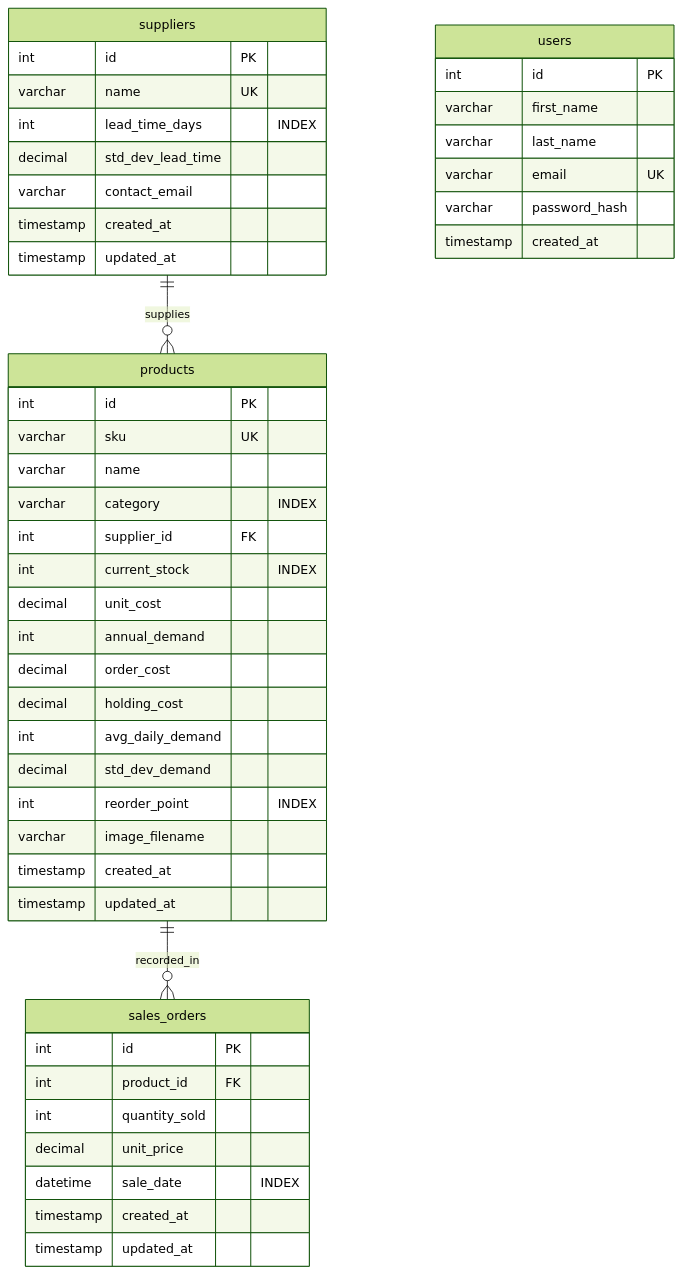
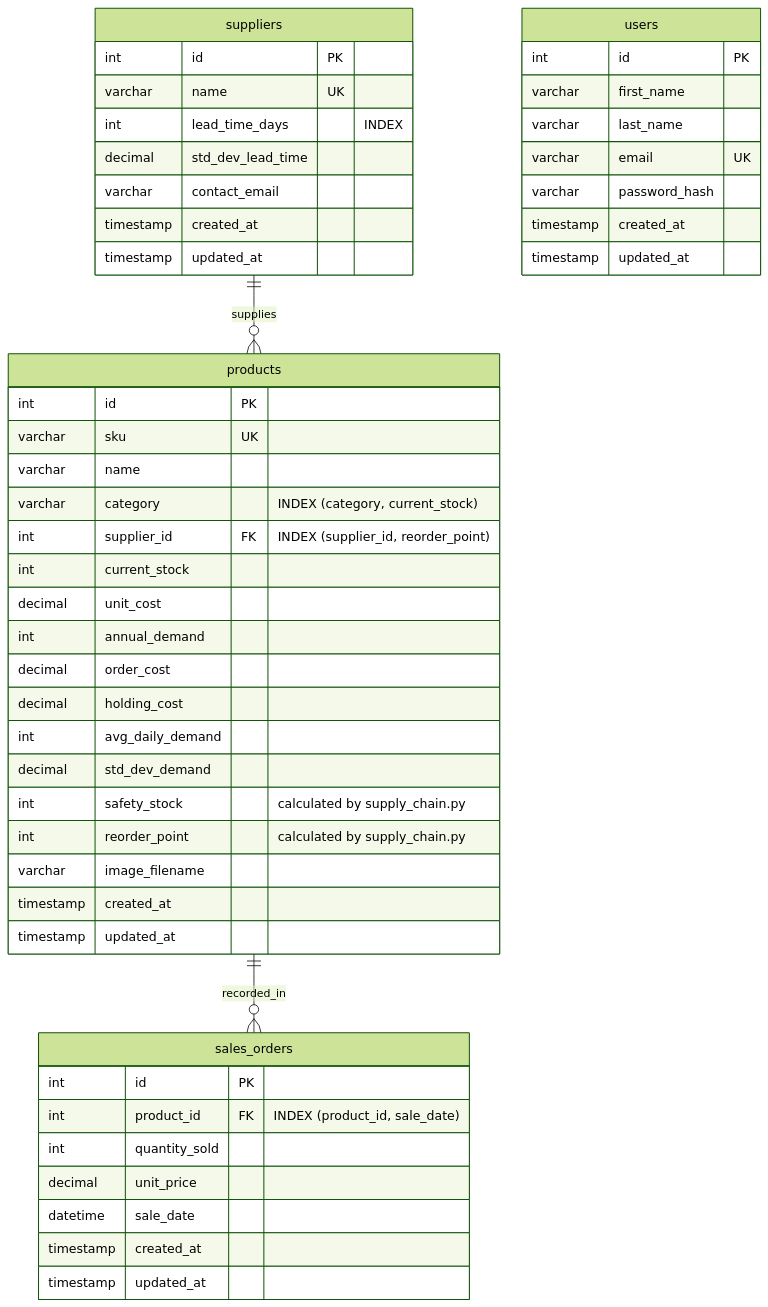
One commit to u22493523/BFB321_group3 changed the diagram in README.md. Above: the diagram before and after it, drawn with Mermaid (forest theme). The commit also changed other lines of this file and 1 other file, not shown here.

First line of the commit message:
Step 3 fix: replace hard-coded dashboard alert and product list with live queries; complete README setup steps, ERD, team details and test login

````diff
--- a/README.md
+++ b/README.md
@@ -15,53 +59,55 @@
 ```mermaid
 erDiagram
     suppliers ||--o{ products : "supplies"
     products  ||--o{ sales_orders : "recorded_in"
 
     suppliers {
         int       id PK
         varchar   name UK
         int       lead_time_days "INDEX"
         decimal   std_dev_lead_time
         varchar   contact_email
         timestamp created_at
         timestamp updated_at
     }
 
     products {
         int       id PK
         varchar   sku UK
         varchar   name
-        varchar   category "INDEX"
-        int       supplier_id FK
-        int       current_stock "INDEX"
+        varchar   category "INDEX (category, current_stock)"
+        int       supplier_id FK "INDEX (supplier_id, reorder_point)"
+        int       current_stock
         decimal   unit_cost
         int       annual_demand
         decimal   order_cost
         decimal   holding_cost
         int       avg_daily_demand
         decimal   std_dev_demand
-        int       reorder_point "INDEX"
+        int       safety_stock "calculated by supply_chain.py"
+        int       reorder_point "calculated by supply_chain.py"
         varchar   image_filename
         timestamp created_at
         timestamp updated_at
     }
 
     sales_orders {
         int       id PK
-        int       product_id FK
+        int       product_id FK "INDEX (product_id, sale_date)"
         int       quantity_sold
         decimal   unit_price
-        datetime  sale_date "INDEX"
+        datetime  sale_date
         timestamp created_at
         timestamp updated_at
     }
 
     users {
         int       id PK
         varchar   first_name
         varchar   last_name
         varchar   email UK
         varchar   password_hash
         timestamp created_at
+        timestamp updated_at
     }
 ```
````
